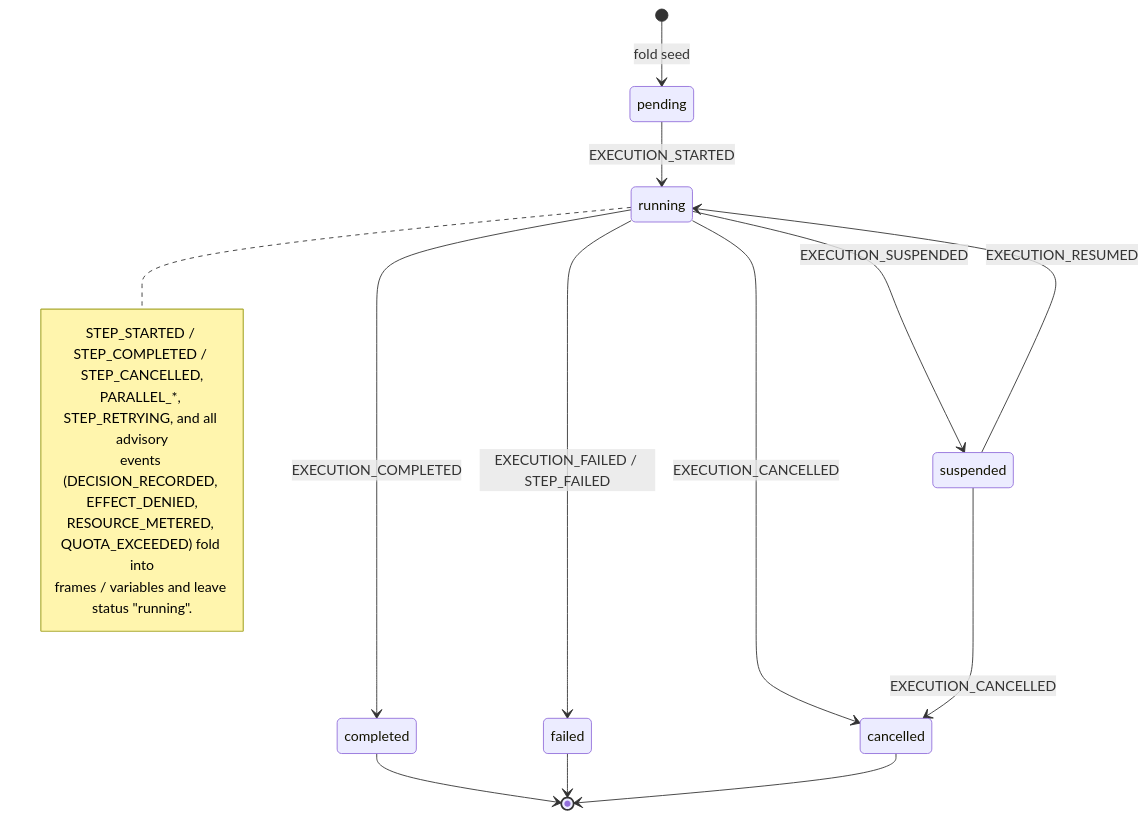
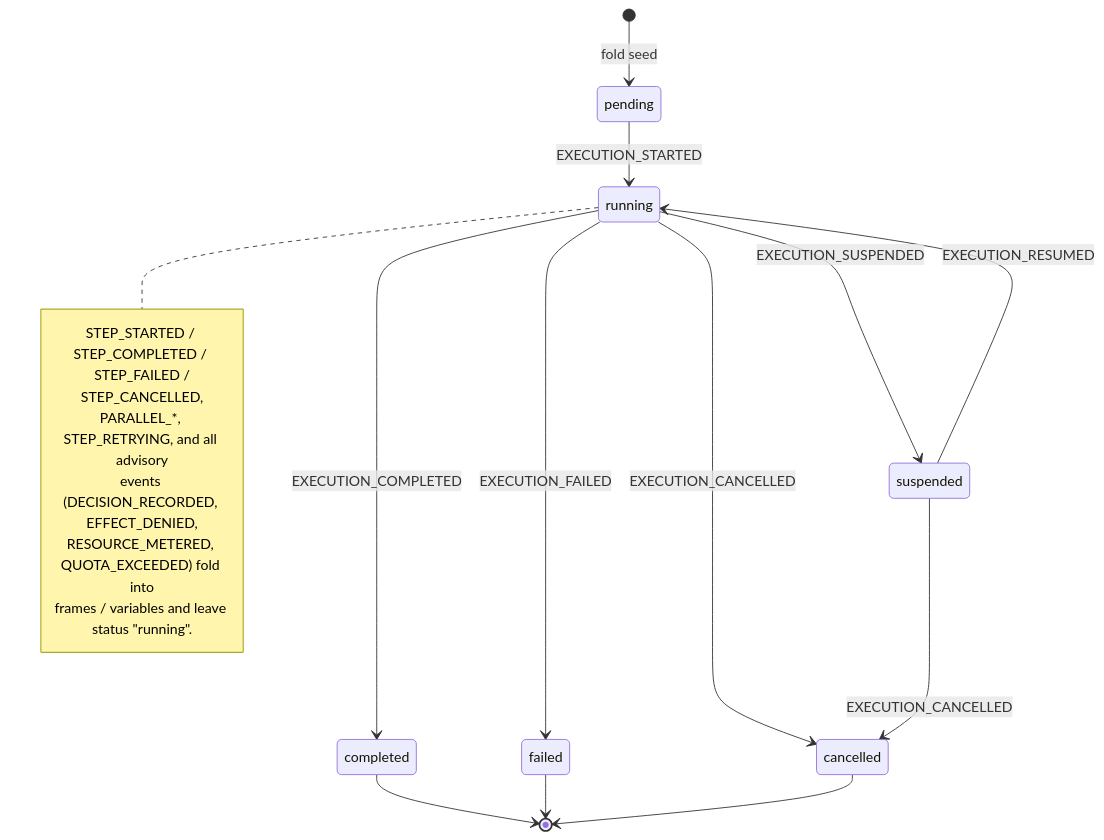
Before and after one commit to chhetrisushil/loom: the first of 2 diagrams in docs/loom-2.0/10-event-schema-reference.md, drawn with Mermaid. The commit also changed other lines of this file and 12 other files, not shown here.

````diff
--- a/docs/loom-2.0/10-event-schema-reference.md
+++ b/docs/loom-2.0/10-event-schema-reference.md
@@ -433,21 +436,22 @@
 ```mermaid
 stateDiagram-v2
   [*] --> pending: fold seed
   pending --> running: EXECUTION_STARTED
   running --> suspended: EXECUTION_SUSPENDED
   suspended --> running: EXECUTION_RESUMED
   running --> completed: EXECUTION_COMPLETED
-  running --> failed: EXECUTION_FAILED / STEP_FAILED
+  running --> failed: EXECUTION_FAILED
   running --> cancelled: EXECUTION_CANCELLED
   suspended --> cancelled: EXECUTION_CANCELLED
   completed --> [*]
   failed --> [*]
   cancelled --> [*]
   note right of running
-    STEP_STARTED / STEP_COMPLETED / STEP_CANCELLED,
+    STEP_STARTED / STEP_COMPLETED / STEP_FAILED /
+    STEP_CANCELLED,
     PARALLEL_*, STEP_RETRYING, and all advisory
     events (DECISION_RECORDED, EFFECT_DENIED,
     RESOURCE_METERED, QUOTA_EXCEEDED) fold into
     frames / variables and leave status "running".
   end note
 ```
````
